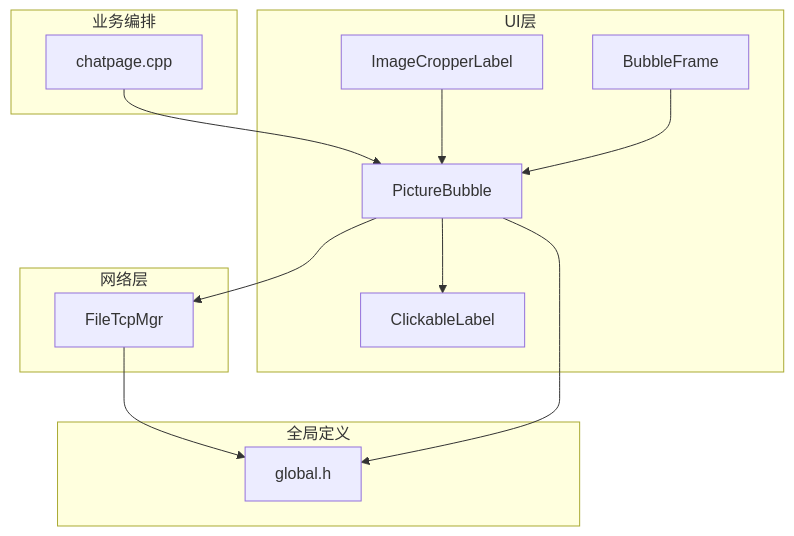
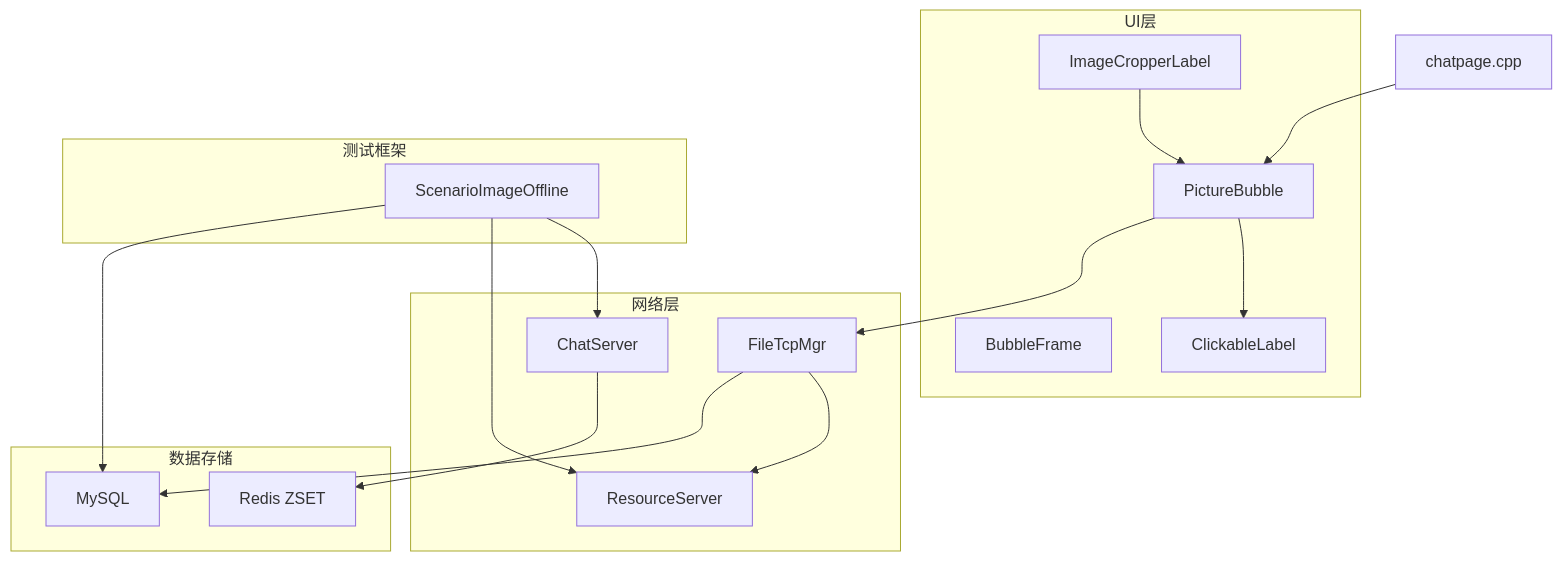
The first of 6 diagrams in .qoder/repowiki/zh/content/核心功能模块/聊天消息系统/图片消息处理.md (echo9923/mychatter), drawn with Mermaid before and after one commit. The commit also changed other lines of this file and 54 other files, not shown here.

````diff
--- a/.qoder/repowiki/zh/content/核心功能模块/聊天消息系统/图片消息处理.md
+++ b/.qoder/repowiki/zh/content/核心功能模块/聊天消息系统/图片消息处理.md
@@ -41,25 +56,31 @@
 ```mermaid
 graph TB
 subgraph "UI层"
 BF["BubbleFrame"]
 CL["ClickableLabel"]
 PB["PictureBubble"]
 IC["ImageCropperLabel"]
 end
 subgraph "网络层"
 FT["FileTcpMgr"]
+RS["ResourceServer"]
+CS["ChatServer"]
 end
-subgraph "全局定义"
-GH["global.h"]
+subgraph "数据存储"
+DB["MySQL"]
+Redis["Redis ZSET"]
 end
-subgraph "业务编排"
-CP["chatpage.cpp"]
+subgraph "测试框架"
+Test["ScenarioImageOffline"]
 end
-CP --> PB
+CP["chatpage.cpp"] --> PB
 PB --> CL
 PB --> FT
 IC --> PB
-FT --> GH
-PB --> GH
-BF --> PB
+FT --> RS
+FT --> DB
+CS --> Redis
+Test --> CS
+Test --> RS
+Test --> DB
 ```
````
